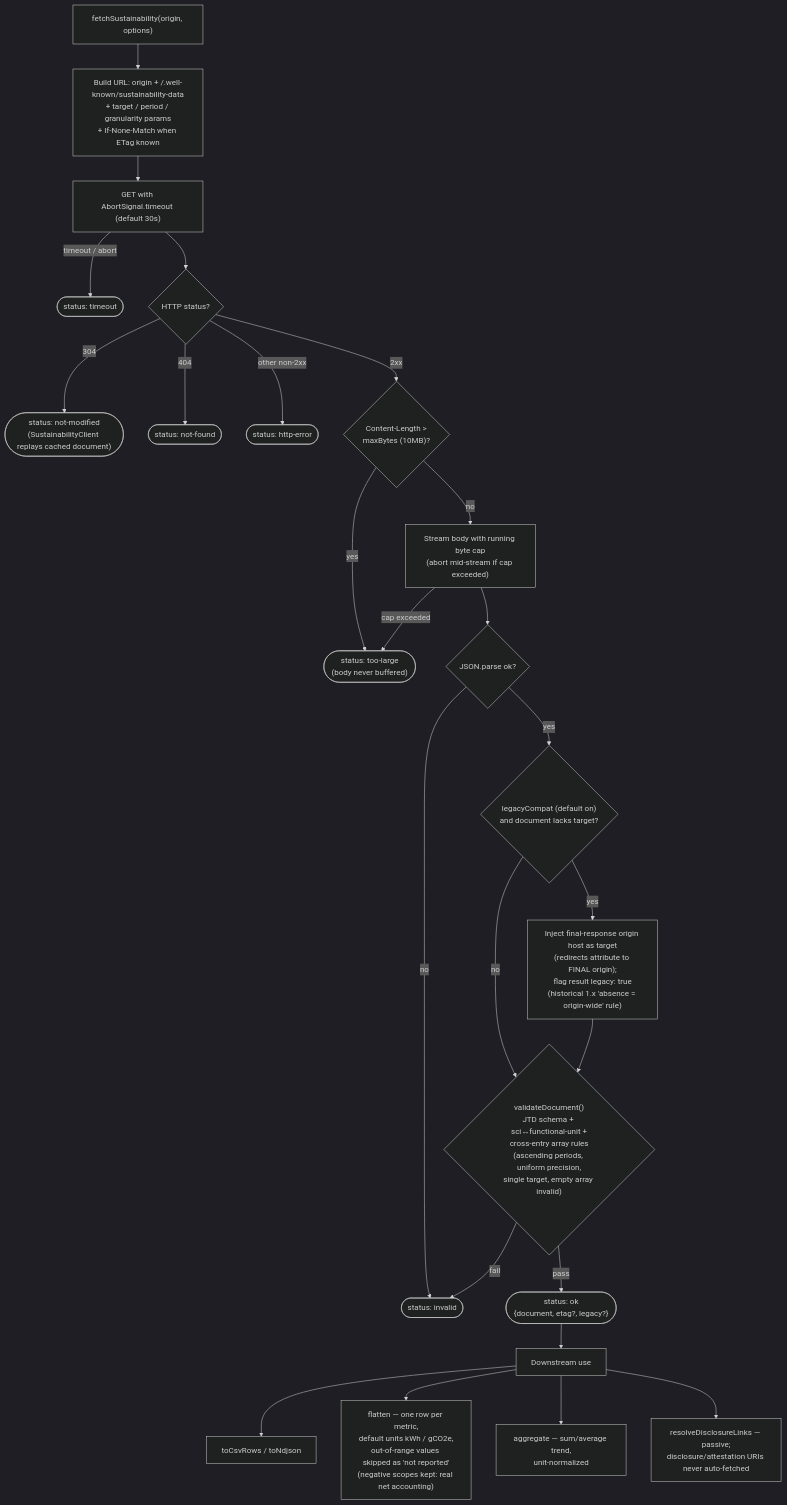
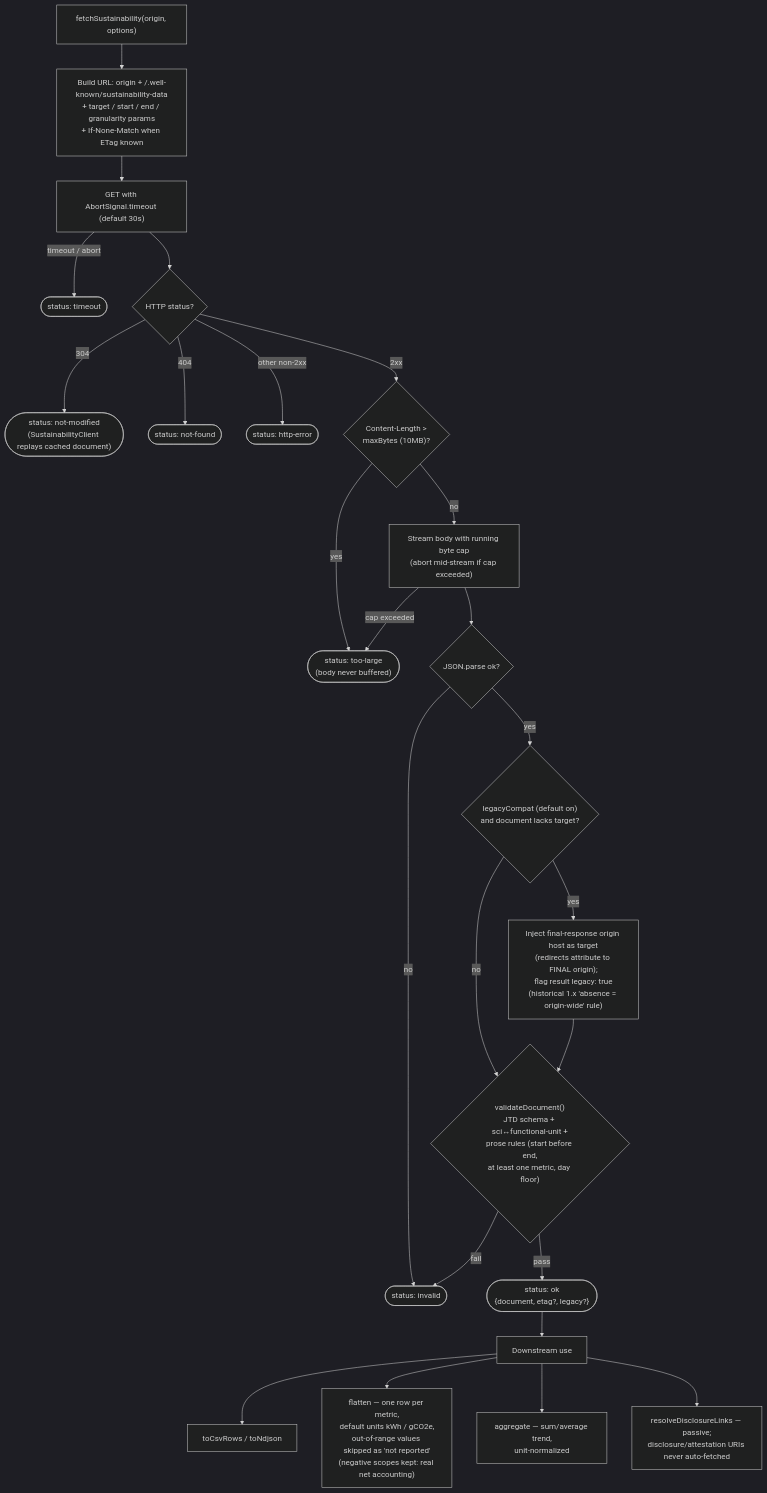
One commit to andreibesleaga/rfc-sustainability-wellknown changed the diagram in architecture/diagrams/consumer-flow.mmd. Above: the diagram before and after it, drawn with Mermaid (dark theme). The commit also changed 146 other files, not shown here.

```diff
--- a/architecture/diagrams/consumer-flow.mmd
+++ b/architecture/diagrams/consumer-flow.mmd
@@ -1,31 +1,31 @@
 flowchart TD
-    START["fetchSustainability(origin, options)"] --> URL["Build URL: origin + /.well-known/sustainability-data<br/>+ target / period / granularity params<br/>+ If-None-Match when ETag known"]
+    START["fetchSustainability(origin, options)"] --> URL["Build URL: origin + /.well-known/sustainability-data<br/>+ target / start / end / granularity params<br/>+ If-None-Match when ETag known"]
     URL --> REQ["GET with AbortSignal.timeout (default 30s)"]
 
     REQ -- "timeout / abort" --> TMO(["status: timeout"])
     REQ --> ST{"HTTP status?"}
     ST -- "304" --> NM(["status: not-modified<br/>(SustainabilityClient replays cached document)"])
     ST -- "404" --> NF(["status: not-found"])
     ST -- "other non-2xx" --> HE(["status: http-error"])
     ST -- "2xx" --> CL{"Content-Length ><br/>maxBytes (10MB)?"}
 
     CL -- "yes" --> TL(["status: too-large<br/>(body never buffered)"])
     CL -- "no" --> READ["Stream body with running byte cap<br/>(abort mid-stream if cap exceeded)"]
     READ -- "cap exceeded" --> TL
     READ --> PARSE{"JSON.parse ok?"}
     PARSE -- "no" --> INV(["status: invalid"])
 
     PARSE -- "yes" --> LC{"legacyCompat (default on)<br/>and document lacks target?"}
     LC -- "yes" --> INJ["Inject final-response origin host as target<br/>(redirects attribute to FINAL origin);<br/>flag result legacy: true<br/>(historical 1.x 'absence = origin-wide' rule)"]
     LC -- "no" --> VAL
     INJ --> VAL
 
-    VAL{"validateDocument()<br/>JTD schema + sci↔functional-unit +<br/>cross-entry array rules<br/>(ascending periods, uniform precision,<br/>single target, empty array invalid)"}
+    VAL{"validateDocument()<br/>JTD schema + sci↔functional-unit +<br/>prose rules (start before end,<br/>at least one metric, day floor)"}
     VAL -- "fail" --> INV
     VAL -- "pass" --> OK(["status: ok<br/>{document, etag?, legacy?}"])
 
     OK --> USE["Downstream use"]
     USE --> T1["toCsvRows / toNdjson"]
     USE --> T2["flatten — one row per metric,<br/>default units kWh / gCO2e,<br/>out-of-range values skipped as 'not reported'<br/>(negative scopes kept: real net accounting)"]
     USE --> T3["aggregate — sum/average trend,<br/>unit-normalized"]
     USE --> T4["resolveDisclosureLinks — passive;<br/>disclosure/attestation URIs never auto-fetched"]
```
